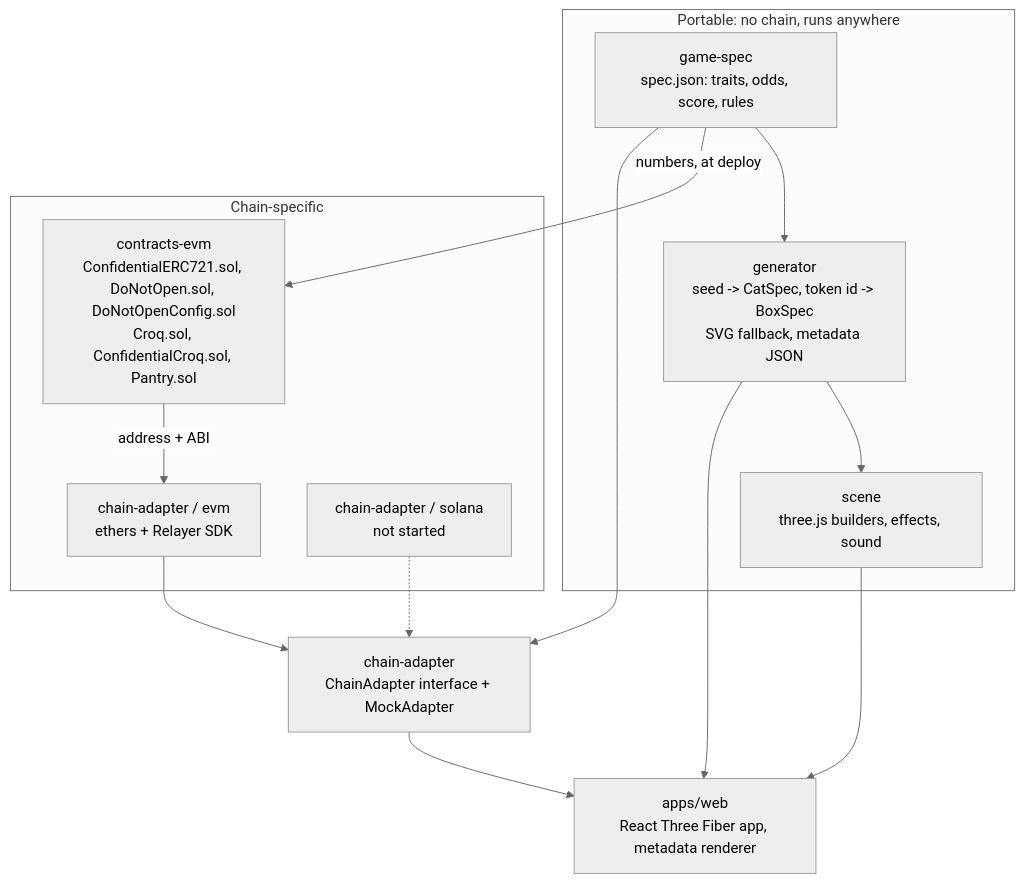
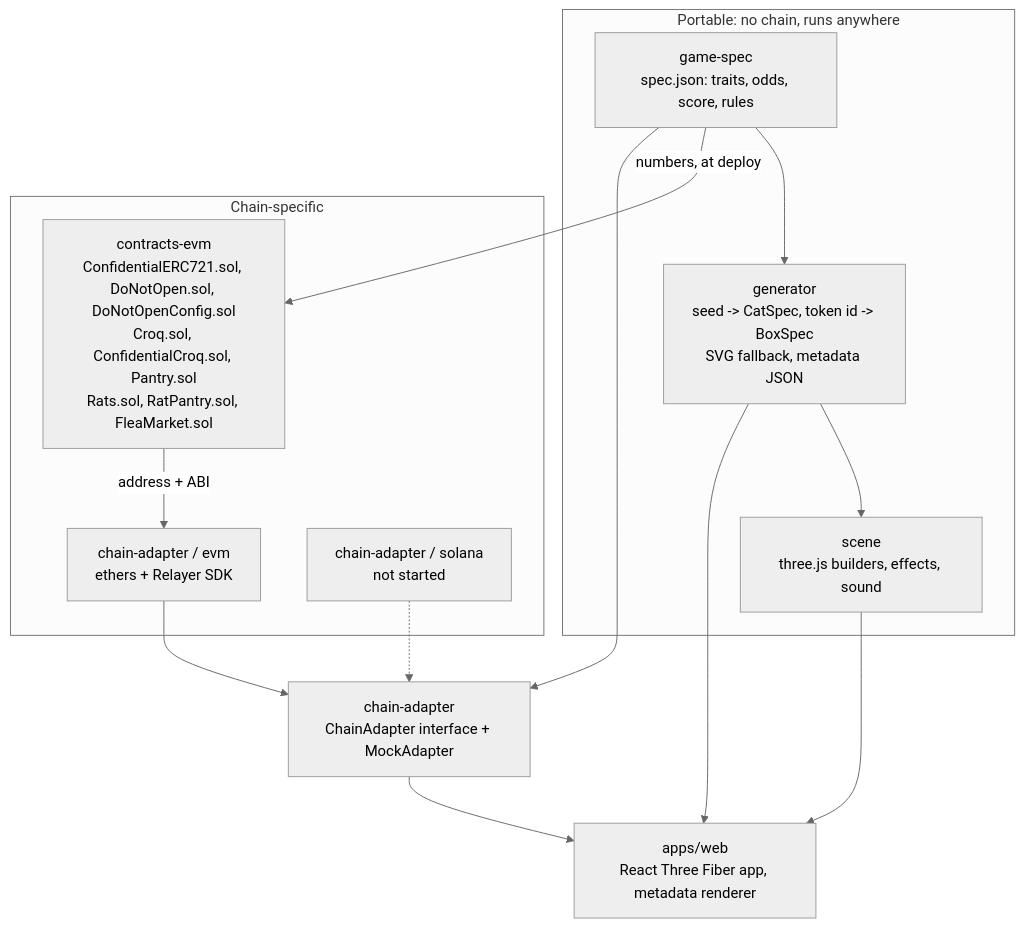
Before and after one commit to jecombe/do_not_open: the first of 6 diagrams in docs/ARCHITECTURE.md, drawn with Mermaid (neutral theme). The commit also changed other lines of this file and 53 other files, not shown here.

Commit message:
Open the flea market, where players sell boxes, cats and rats in cUSDC at a public price or to a secret offer

````diff
--- a/docs/ARCHITECTURE.md
+++ b/docs/ARCHITECTURE.md
@@ -5,24 +5,24 @@
 ```mermaid
 flowchart TB
   subgraph portable["Portable: no chain, runs anywhere"]
     spec["game-spec<br/>spec.json: traits, odds, score, rules"]
     gen["generator<br/>seed -> CatSpec, token id -> BoxSpec<br/>SVG fallback, metadata JSON"]
     scene["scene<br/>three.js builders, effects, sound"]
   end
   subgraph chain["Chain-specific"]
-    evm["contracts-evm<br/>ConfidentialERC721.sol, DoNotOpen.sol, DoNotOpenConfig.sol<br/>Croq.sol, ConfidentialCroq.sol, Pantry.sol"]
+    evm["contracts-evm<br/>ConfidentialERC721.sol, DoNotOpen.sol, DoNotOpenConfig.sol<br/>Croq.sol, ConfidentialCroq.sol, Pantry.sol<br/>Rats.sol, RatPantry.sol, FleaMarket.sol"]
     impl["chain-adapter / evm<br/>ethers + Relayer SDK"]
     sol["chain-adapter / solana<br/>not started"]
   end
   iface["chain-adapter<br/>ChainAdapter interface + MockAdapter"]
   web["apps/web<br/>React Three Fiber app, metadata renderer"]
 
   spec --> gen --> scene --> web
   gen --> web
   spec -- "numbers, at deploy" --> evm
   evm -- "address + ABI" --> impl
   impl --> iface
   sol -.-> iface
   spec --> iface
   iface --> web
 ```
````
